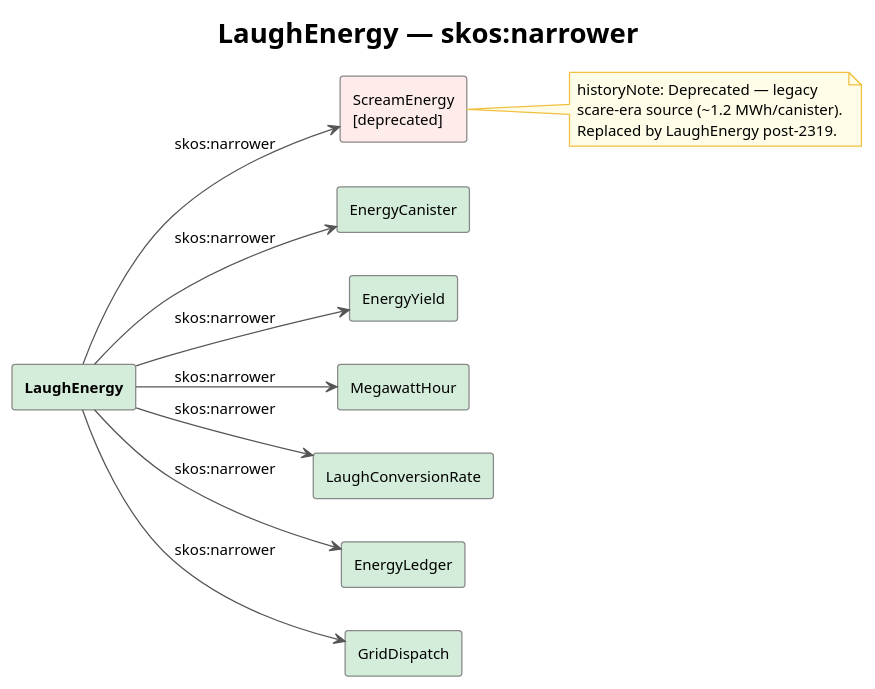
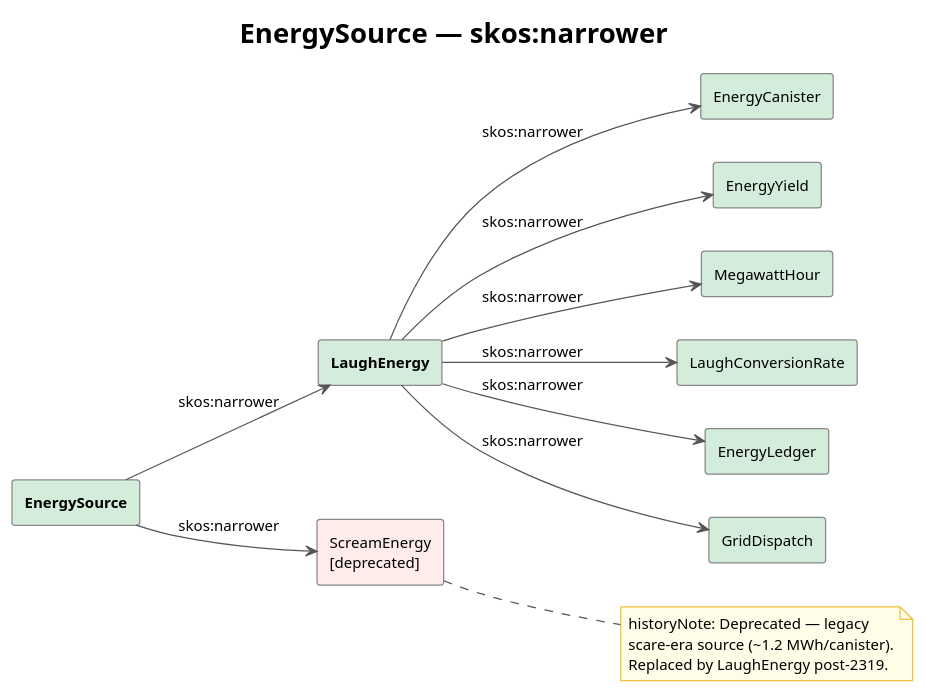
Before and after one commit to gazzwi86/monsters-inc: the second of 8 diagrams in docs/08-glossary.md, drawn with PlantUML. The commit also changed other lines of this file and 43 other files, not shown here.

````diff
--- a/docs/08-glossary.md
+++ b/docs/08-glossary.md
@@ -54,40 +58,42 @@
 ```plantuml
-@startuml MI-LaughEnergy-Detail
+@startuml MI-EnergySource-Detail
 !theme plain
 skinparam backgroundColor #FFFFFF
 skinparam defaultFontName Arial
 skinparam defaultFontSize 12
 skinparam ArrowColor #555555
 skinparam RectangleBorderColor #888888
 skinparam RectangleBackgroundColor #F7F7F7
 skinparam NoteBackgroundColor #FFFDE7
 skinparam NoteBorderColor #F0C040
 
 left to right direction
-title LaughEnergy — skos:narrower
+title EnergySource — skos:narrower
 
+rectangle "**EnergySource**" as ES #D4EDDA
 rectangle "**LaughEnergy**" as LE #D4EDDA
 rectangle "ScreamEnergy\n[deprecated]" as SE #FDECEA
 rectangle "EnergyCanister" as EC #D4EDDA
 rectangle "EnergyYield" as EY #D4EDDA
 rectangle "MegawattHour" as MWH #D4EDDA
 rectangle "LaughConversionRate" as LCR #D4EDDA
 rectangle "EnergyLedger" as EL #D4EDDA
 rectangle "GridDispatch" as GD #D4EDDA
 
-LE --> SE : skos:narrower
+ES --> LE : skos:narrower
+ES --> SE : skos:narrower
 LE --> EC : skos:narrower
 LE --> EY : skos:narrower
 LE --> MWH : skos:narrower
 LE --> LCR : skos:narrower
 LE --> EL : skos:narrower
 LE --> GD : skos:narrower
 
 note right of SE
   historyNote: Deprecated — legacy
   scare-era source (~1.2 MWh/canister).
   Replaced by LaughEnergy post-2319.
 end note
 
 @enduml
 ```
````
